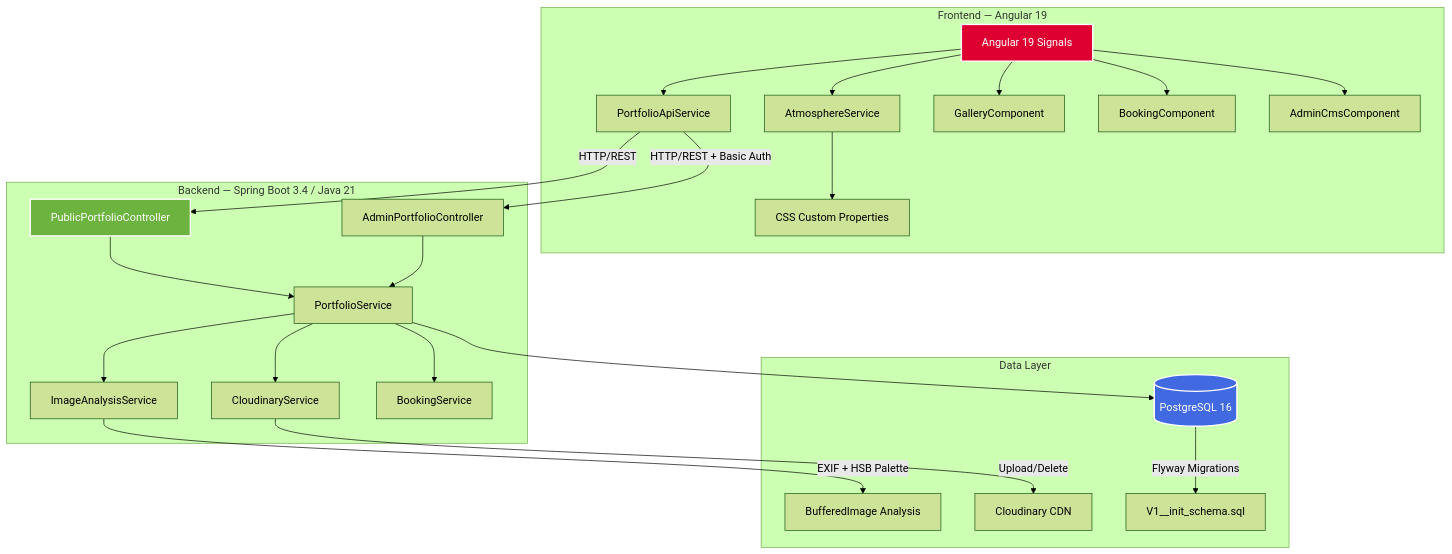
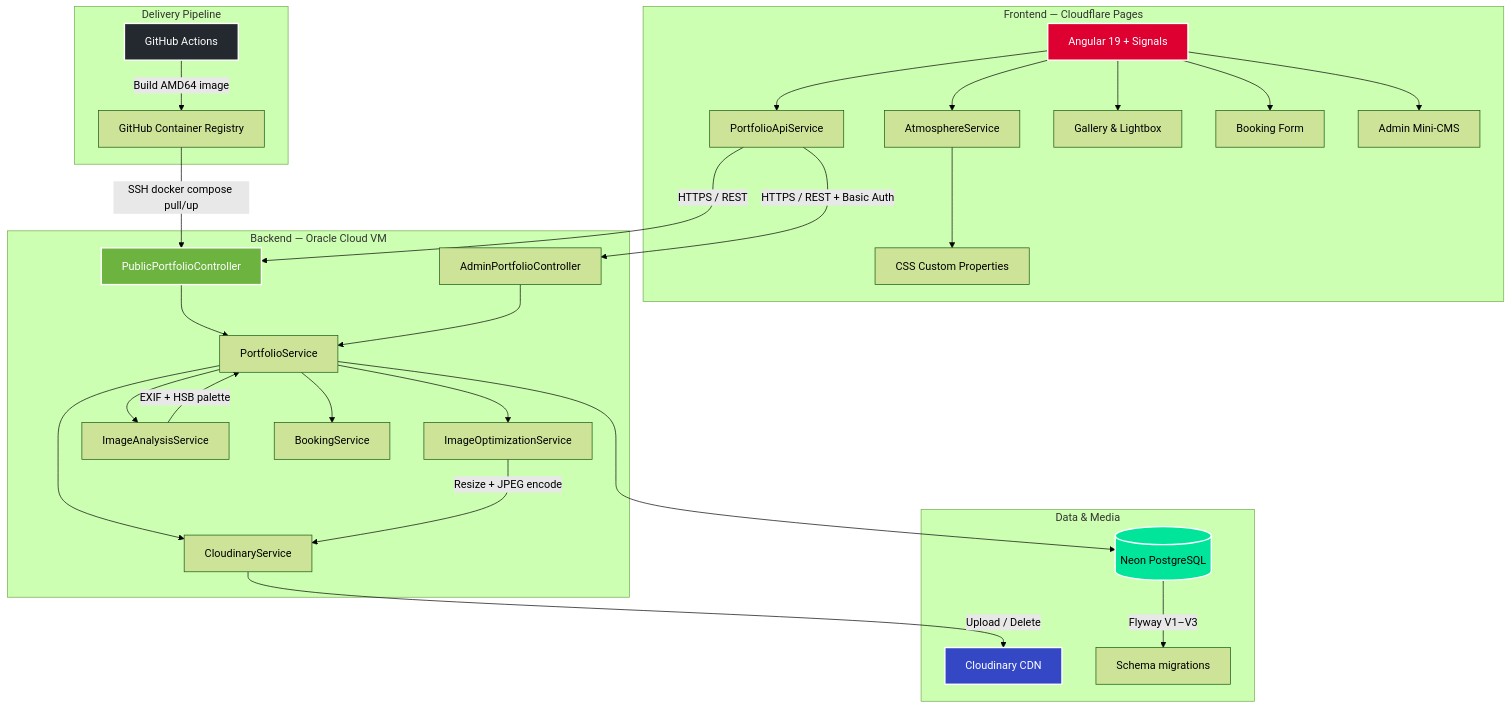
The diagram in README.md (riste-gjorgjiev/Photography-Portfolio), drawn with Mermaid (forest theme) before and after one commit. The commit also changed other lines of this file, not shown here.

````diff
--- a/README.md
+++ b/README.md
@@ -41,32 +60,41 @@
 ```mermaid
 graph TB
-    subgraph "Frontend — Angular 19"
-        A[Angular 19 Signals] --> B[AtmosphereService]
+    subgraph "Frontend — Cloudflare Pages"
+        A[Angular 19 + Signals] --> B[AtmosphereService]
         B --> C[CSS Custom Properties]
         A --> D[PortfolioApiService]
-        A --> E[GalleryComponent]
-        A --> F[BookingComponent]
-        A --> G[AdminCmsComponent]
+        A --> E[Gallery & Lightbox]
+        A --> F[Booking Form]
+        A --> G[Admin Mini-CMS]
     end
 
-    subgraph "Backend — Spring Boot 3.4 / Java 21"
-        D -->|HTTP/REST| H[PublicPortfolioController]
-        D -->|HTTP/REST + Basic Auth| I[AdminPortfolioController]
+    subgraph "Backend — Oracle Cloud VM"
+        D -->|HTTPS / REST| H[PublicPortfolioController]
+        D -->|HTTPS / REST + Basic Auth| I[AdminPortfolioController]
         H --> J[PortfolioService]
         I --> J
-        J --> K[ImageAnalysisService]
-        J --> L[CloudinaryService]
-        J --> M[BookingService]
+        J --> K[ImageOptimizationService]
+        J --> L[ImageAnalysisService]
+        J --> M[CloudinaryService]
+        J --> N[BookingService]
     end
 
-    subgraph "Data Layer"
-        K -->|EXIF + HSB Palette| N[BufferedImage Analysis]
-        L -->|Upload/Delete| O[Cloudinary CDN]
-        J --> P[(PostgreSQL 16)]
-        P -->|Flyway Migrations| Q[V1__init_schema.sql]
+    subgraph "Data & Media"
+        K -->|Resize + JPEG encode| M
+        L -->|EXIF + HSB palette| J
+        M -->|Upload / Delete| O[Cloudinary CDN]
+        J --> P[(Neon PostgreSQL)]
+        P -->|Flyway V1–V3| Q[Schema migrations]
+    end
+
+    subgraph "Delivery Pipeline"
+        R[GitHub Actions] -->|Build AMD64 image| S[GitHub Container Registry]
+        S -->|SSH docker compose pull/up| H
     end
 
     style A fill:#DD0031,stroke:#fff,stroke-width:2px,color:#fff
     style H fill:#6DB33F,stroke:#fff,stroke-width:2px,color:#fff
-    style P fill:#4169E1,stroke:#fff,stroke-width:2px,color:#fff
+    style P fill:#00E599,stroke:#fff,stroke-width:2px,color:#000
+    style O fill:#3448C5,stroke:#fff,stroke-width:2px,color:#fff
+    style R fill:#24292F,stroke:#fff,stroke-width:2px,color:#fff
 ```
````
